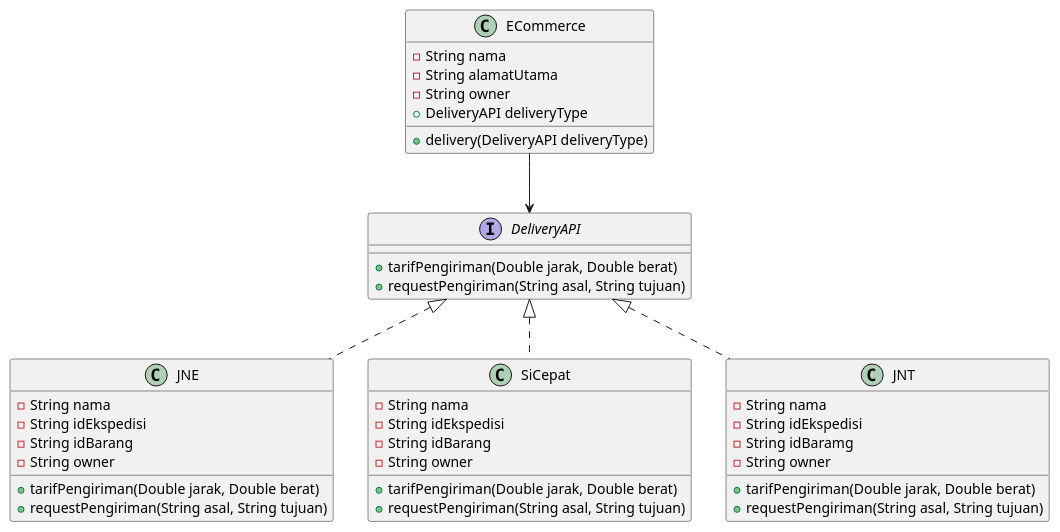
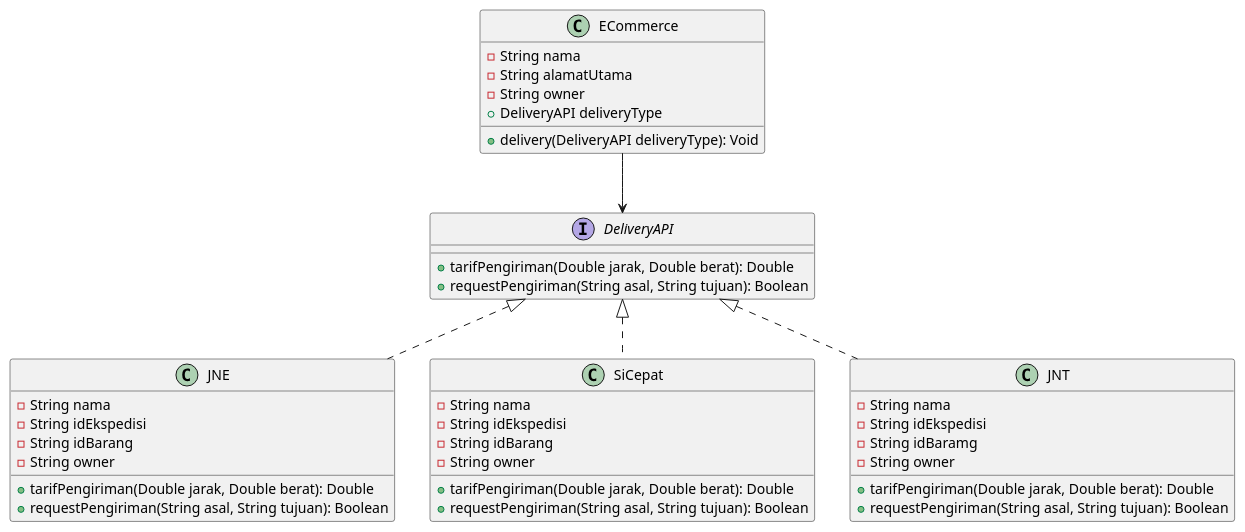
One commit to farhanzakiputra/pbpu-a-2022 changed the diagram in Kelompok 2/uml-diagram-kel-2.puml. Above: the diagram before and after it, drawn with PlantUML.

Commit message:
added method return type

```diff
--- a/Kelompok 2/uml-diagram-kel-2.puml
+++ b/Kelompok 2/uml-diagram-kel-2.puml
@@ -1,46 +1,46 @@
 @startuml
 class ECommerce {
     -String nama
     -String alamatUtama
     -String owner
     +DeliveryAPI deliveryType
-    +delivery(DeliveryAPI deliveryType)
+    +delivery(DeliveryAPI deliveryType): Void
 }
 
 interface DeliveryAPI {
-    +tarifPengiriman(Double jarak, Double berat)
-    +requestPengiriman(String asal, String tujuan)
+    +tarifPengiriman(Double jarak, Double berat): Double
+    +requestPengiriman(String asal, String tujuan): Boolean
 }
 
 class JNE {
     -String nama
     -String idEkspedisi
     -String idBarang
     -String owner
-    +tarifPengiriman(Double jarak, Double berat)
-    +requestPengiriman(String asal, String tujuan)
+    +tarifPengiriman(Double jarak, Double berat): Double
+    +requestPengiriman(String asal, String tujuan): Boolean
 }
 
 class SiCepat {
     -String nama
     -String idEkspedisi
     -String idBarang
     -String owner
-    +tarifPengiriman(Double jarak, Double berat)
-    +requestPengiriman(String asal, String tujuan)
+    +tarifPengiriman(Double jarak, Double berat): Double
+    +requestPengiriman(String asal, String tujuan): Boolean
 }
 
 class JNT {
     -String nama
     -String idEkspedisi
     -String idBaramg
     -String owner
-    +tarifPengiriman(Double jarak, Double berat)
-    +requestPengiriman(String asal, String tujuan)
+    +tarifPengiriman(Double jarak, Double berat): Double
+    +requestPengiriman(String asal, String tujuan): Boolean
 }
 
 ECommerce --> DeliveryAPI
 class JNE implements DeliveryAPI
 class JNT implements DeliveryAPI
 class SiCepat implements DeliveryAPI
 @enduml
```
